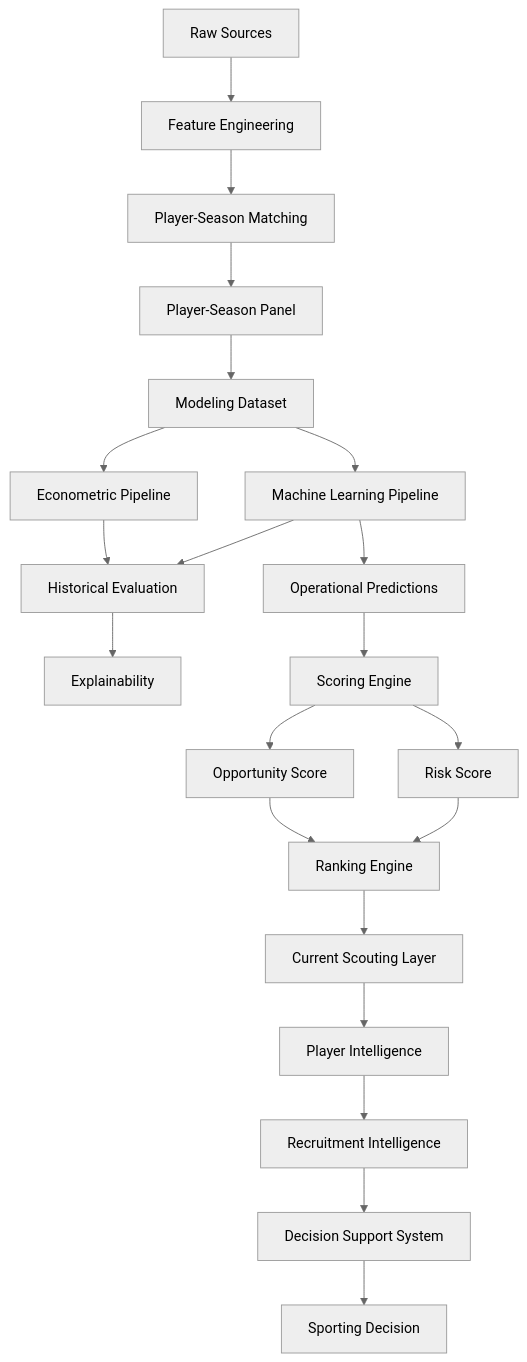
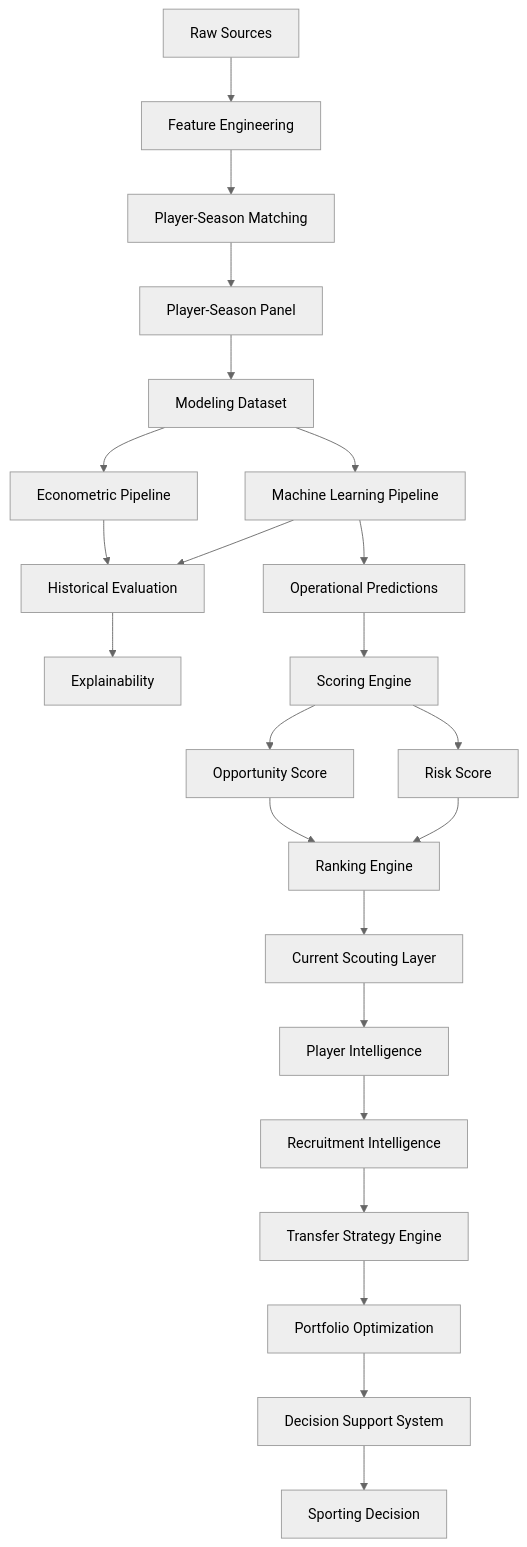
One commit to manuelpeba/market-value-football-tfm changed the diagram in docs/pipeline_reference.md. Above: the diagram before and after it, drawn with Mermaid (neutral theme). The commit also changed other lines of this file and 5 other files, not shown here.

````diff
--- a/docs/pipeline_reference.md
+++ b/docs/pipeline_reference.md
@@ -42,40 +49,44 @@
 ```mermaid
 flowchart TD
 
 A[Raw Sources]
 --> B[Feature Engineering]
 
 B --> C[Player-Season Matching]
 
 C --> D[Player-Season Panel]
 
 D --> E[Modeling Dataset]
 
 E --> F[Econometric Pipeline]
 E --> G[Machine Learning Pipeline]
 
 F --> H[Historical Evaluation]
 G --> H
 
 H --> I[Explainability]
 
 G --> J[Operational Predictions]
 
 J --> K[Scoring Engine]
 
 K --> L[Opportunity Score]
 K --> M[Risk Score]
 
 L --> N[Ranking Engine]
 M --> N
 
 N --> O[Current Scouting Layer]
 
 O --> P[Player Intelligence]
 
 P --> Q[Recruitment Intelligence]
 
-Q --> R[Decision Support System]
+Q --> R[Transfer Strategy Engine]
 
-R --> S[Sporting Decision]
+R --> S[Portfolio Optimization]
+
+S --> T[Decision Support System]
+
+T --> U[Sporting Decision]
 ```
````
